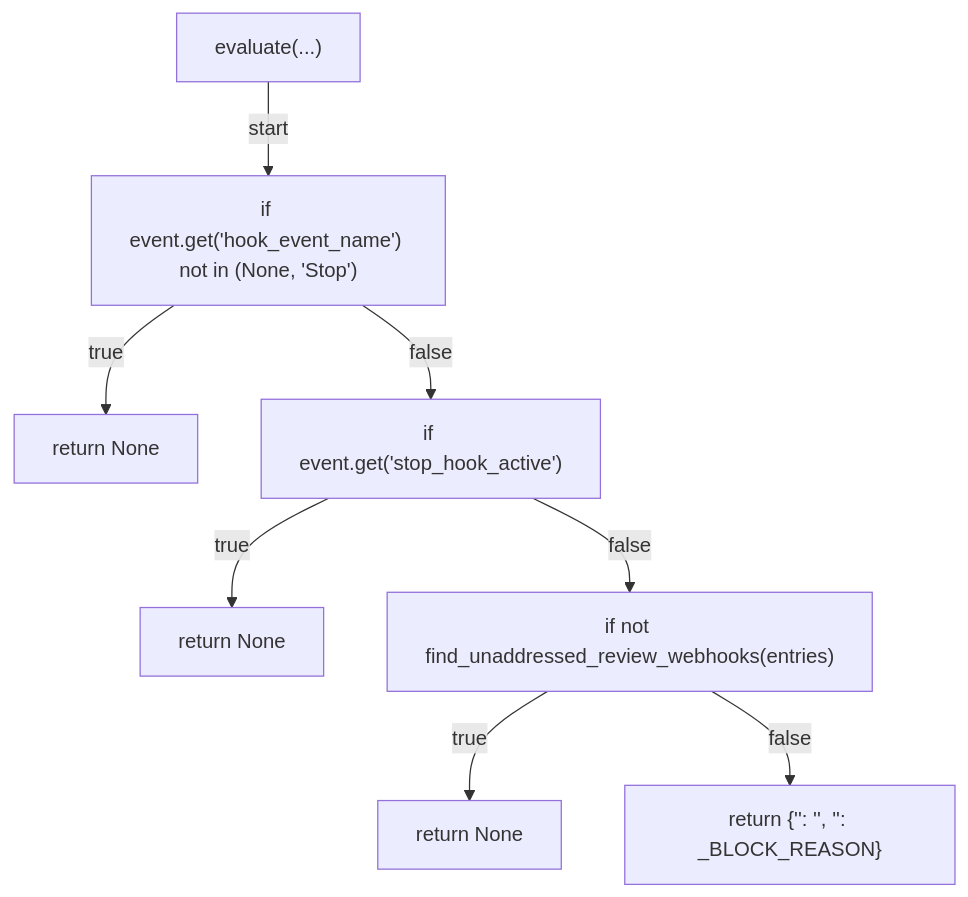
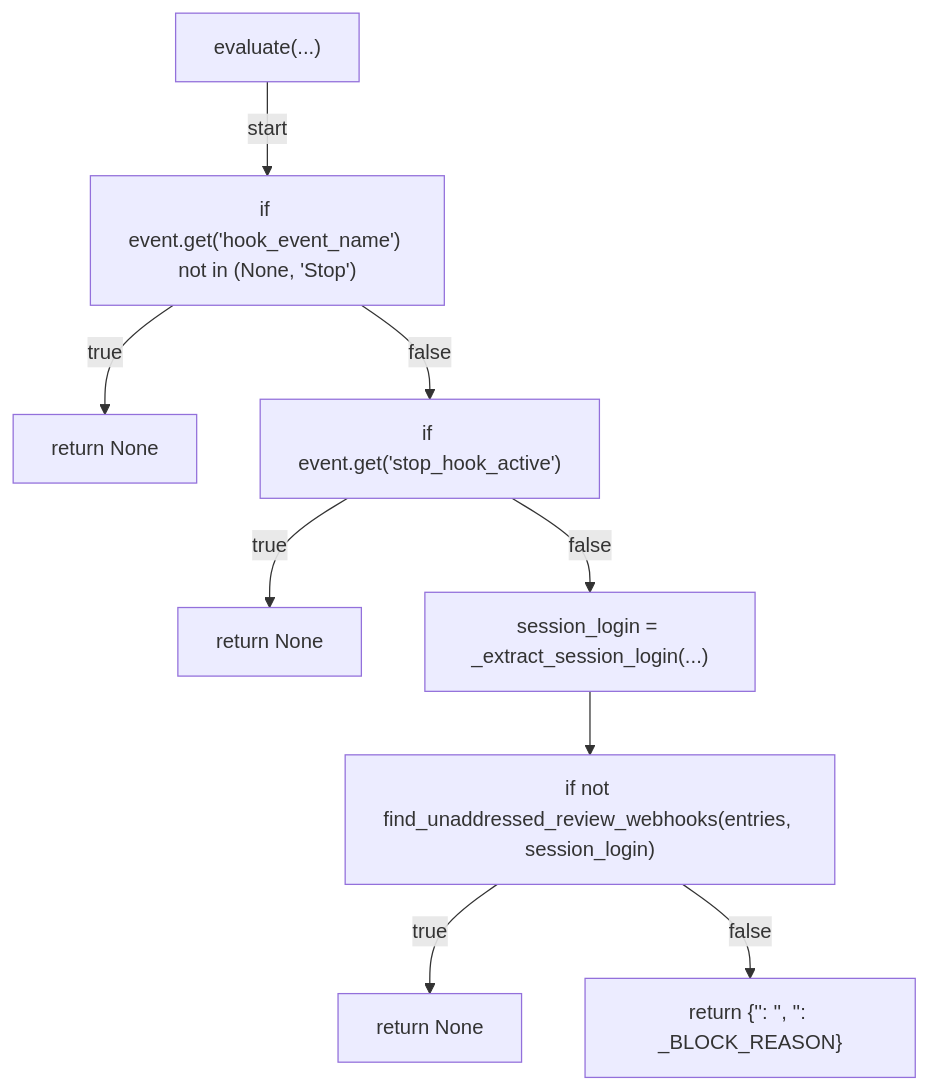
One commit to tvna/claude-md changed the ninth of 11 diagrams in docs/generated/scripts/ast/gate_stop_pr_review_reply.md. Above: the diagram before and after it, drawn with Mermaid. The commit also changed other lines of this file and 3 other files, not shown here.

First line of the commit message:
docs(generated): regenerate decision tree and workflow diagrams

````diff
--- a/docs/generated/scripts/ast/gate_stop_pr_review_reply.md
+++ b/docs/generated/scripts/ast/gate_stop_pr_review_reply.md
@@ -130,18 +168,20 @@
 ```mermaid
 flowchart TD
     N001["evaluate(...)"]
     N002["if event.get('hook_event_name') not in (None, 'Stop')"]
     N003["return None"]
     N004["if event.get('stop_hook_active')"]
     N005["return None"]
-    N006["if not find_unaddressed_review_webhooks(entries)"]
-    N007["return None"]
-    N008["return {'<str>': '<str>', '<str>': _BLOCK_REASON}"]
+    N006["session_login = _extract_session_login(...)"]
+    N007["if not find_unaddressed_review_webhooks(entries, session_login)"]
+    N008["return None"]
+    N009["return {'<str>': '<str>', '<str>': _BLOCK_REASON}"]
     N001 -->|"start"| N002
     N002 -->|"true"| N003
     N002 -->|"false"| N004
     N004 -->|"true"| N005
     N004 -->|"false"| N006
-    N006 -->|"true"| N007
-    N006 -->|"false"| N008
+    N006 --> N007
+    N007 -->|"true"| N008
+    N007 -->|"false"| N009
 ```
````
